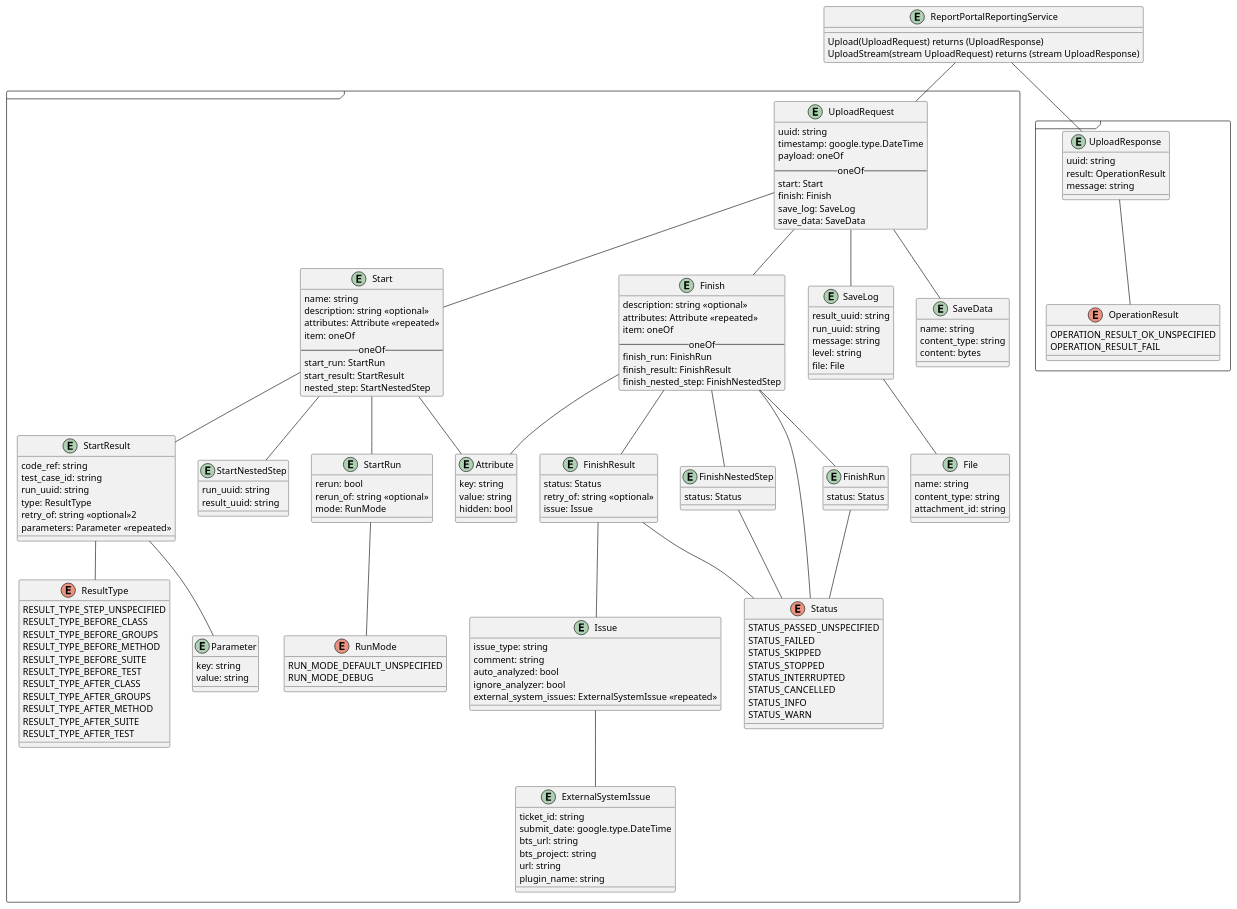
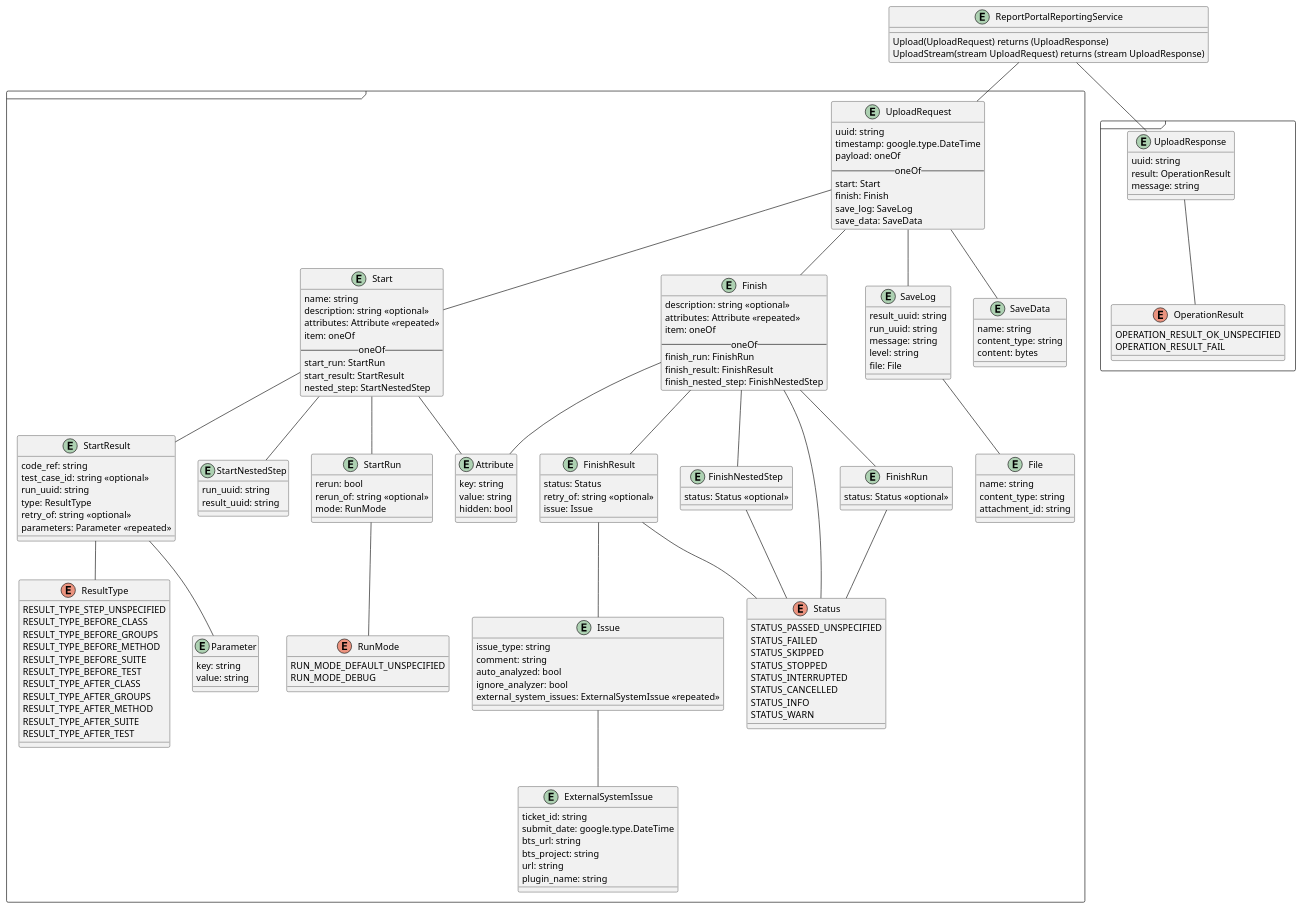
One commit to reportportal/api-registry changed the diagram in docs/reporting/model.puml. Above: the diagram before and after it, drawn with PlantUML.

Commit message:
Mark fields as optional

```diff
--- a/docs/reporting/model.puml
+++ b/docs/reporting/model.puml
@@ -30,10 +30,10 @@
 
   Entity StartResult {
     code_ref: string
-    test_case_id: string
+    test_case_id: string <<optional>>
     run_uuid: string
     type: ResultType
-    retry_of: string <<optional>>2
+    retry_of: string <<optional>>
     parameters: Parameter <<repeated>>
   }
 
@@ -59,7 +59,7 @@
   }
 
   Entity FinishRun {
-    status: Status
+    status: Status <<optional>>
   }
 
   Entity FinishResult {
@@ -69,7 +69,7 @@
   }
 
   Entity FinishNestedStep {
-    status: Status
+    status: Status <<optional>>
   }
 
   Entity Issue {
```
